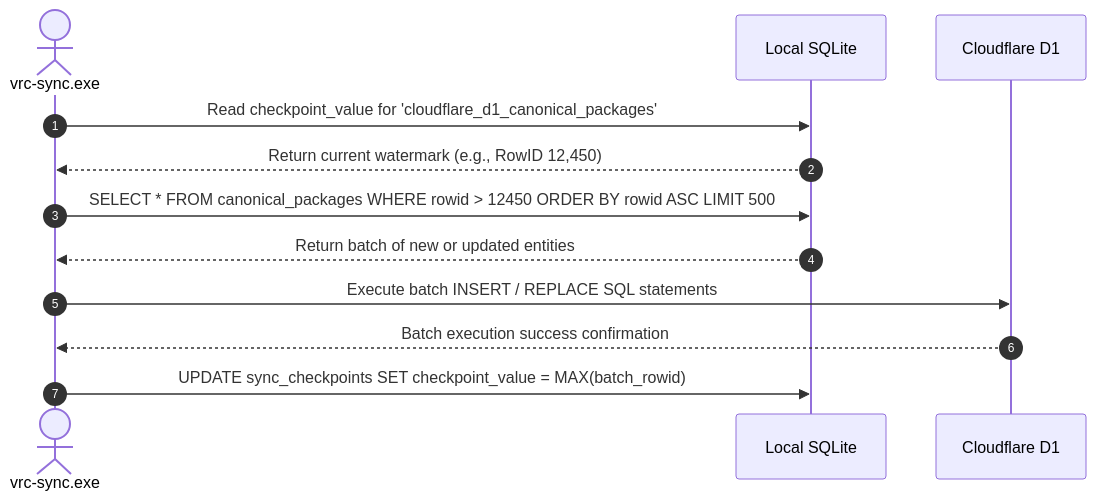
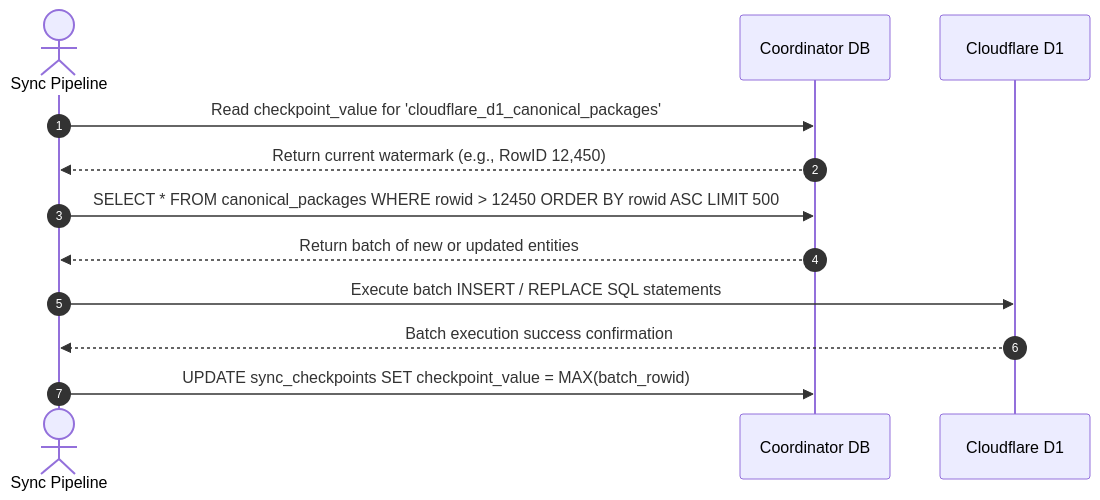
The second of 4 diagrams in docs/research/topics/08_edge_synchronization_and_distributed_catalogs.md (SlamTheDragon/vrc-package-crawler), drawn with Mermaid before and after one commit. The commit also changed other lines of this file and 35 other files, not shown here.

````diff
--- a/docs/research/topics/08_edge_synchronization_and_distributed_catalogs.md
+++ b/docs/research/topics/08_edge_synchronization_and_distributed_catalogs.md
@@ -33,15 +33,15 @@
 ```mermaid
 sequenceDiagram
     autonumber
-    actor Sync as vrc-sync.exe
-    participant DB as Local SQLite
+    actor Sync as Sync Pipeline
+    participant DB as Coordinator DB
     participant D1 as Cloudflare D1
 
     Sync->>DB: Read checkpoint_value for 'cloudflare_d1_canonical_packages'
     DB-->>Sync: Return current watermark (e.g., RowID 12,450)
     Sync->>DB: SELECT * FROM canonical_packages WHERE rowid > 12450 ORDER BY rowid ASC LIMIT 500
     DB-->>Sync: Return batch of new or updated entities
     Sync->>D1: Execute batch INSERT / REPLACE SQL statements
     D1-->>Sync: Batch execution success confirmation
     Sync->>DB: UPDATE sync_checkpoints SET checkpoint_value = MAX(batch_rowid)
 ```
````
